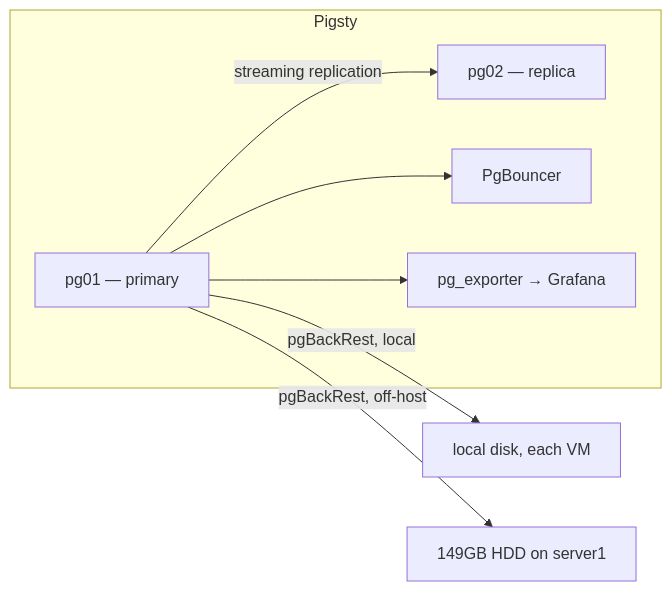
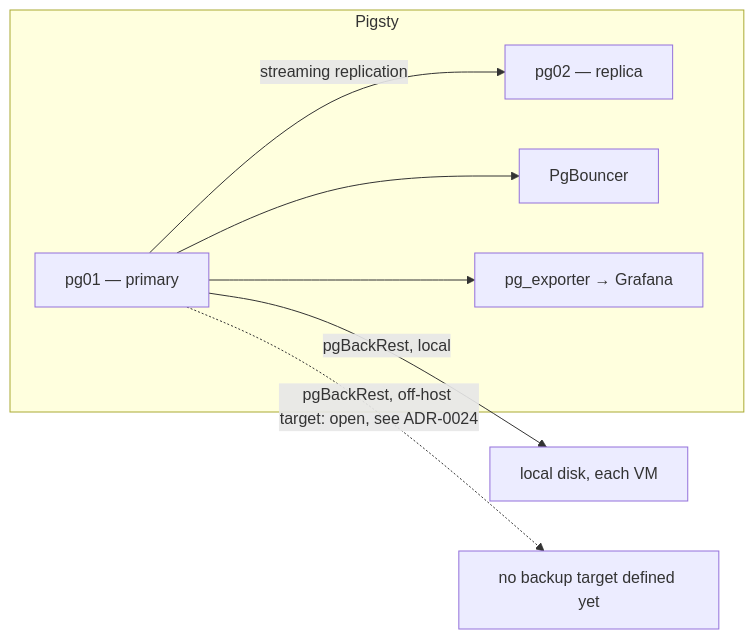
Before and after one commit to MohammadBnei/infra-bootstrap: the fifth of 6 diagrams in ARCHITECTURE.md, drawn with Mermaid. The commit also changed other lines of this file and 14 other files, not shown here.

````diff
--- a/ARCHITECTURE.md
+++ b/ARCHITECTURE.md
@@ -266,10 +266,10 @@
 ```mermaid
 graph LR
     subgraph Pigsty
         P1[pg01 — primary] -- streaming replication --> P2[pg02 — replica]
         P1 --> Bouncer[PgBouncer]
         P1 --> Exporter[pg_exporter → Grafana]
     end
     P1 -- pgBackRest, local --> LocalBackup[local disk, each VM]
-    P1 -- pgBackRest, off-host --> HDD[149GB HDD on server1]
+    P1 -.->|pgBackRest, off-host target: open, see ADR-0024| Open[no backup target defined yet]
 ```
````
